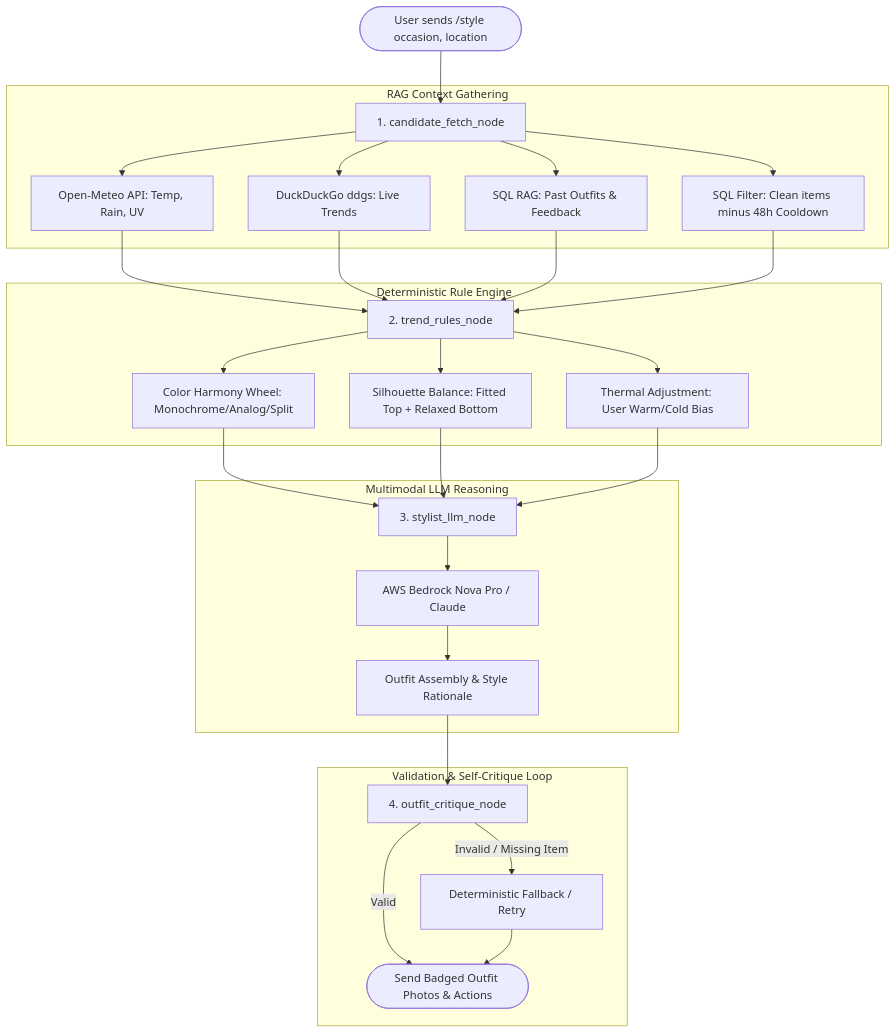
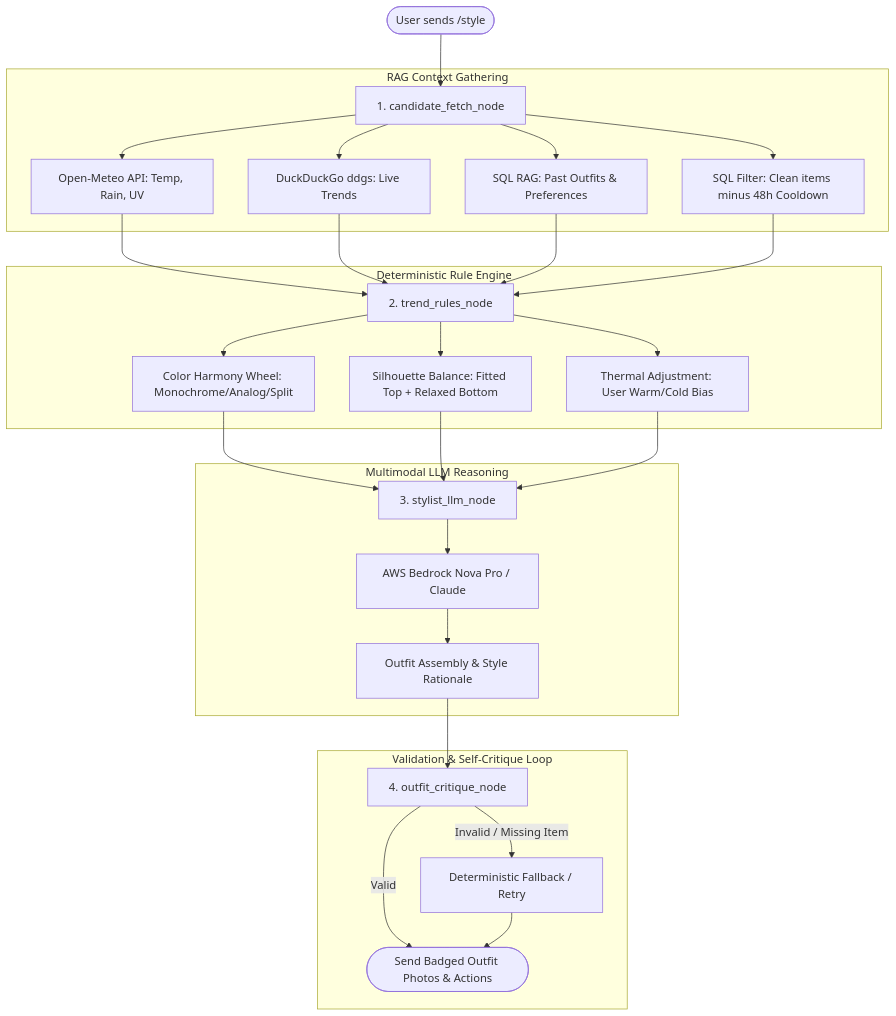
Before and after one commit to Jerrywoohoo/Fashion-sense-bot: the second of 2 diagrams in system_documentation.md, drawn with Mermaid. The commit also changed other lines of this file and 3 other files, not shown here.

````diff
--- a/system_documentation.md
+++ b/system_documentation.md
@@ -124,39 +134,39 @@
 ```mermaid
 flowchart TD
-    Start([User sends /style occasion, location]) --> FetchNode[1. candidate_fetch_node]
+    Start([User sends /style]) --> FetchNode[1. candidate_fetch_node]
     
     subgraph RAG Context Gathering
         FetchNode --> Weather[Open-Meteo API: Temp, Rain, UV]
         FetchNode --> Trends[DuckDuckGo ddgs: Live Trends]
-        FetchNode --> History[SQL RAG: Past Outfits & Feedback]
+        FetchNode --> History[SQL RAG: Past Outfits & Preferences]
         FetchNode --> Filter[SQL Filter: Clean items minus 48h Cooldown]
     end
     
     Weather --> RulesNode[2. trend_rules_node]
     Trends --> RulesNode
     History --> RulesNode
     Filter --> RulesNode
     
     subgraph Deterministic Rule Engine
         RulesNode --> ColorHarmony[Color Harmony Wheel: Monochrome/Analog/Split]
         RulesNode --> Proportions[Silhouette Balance: Fitted Top + Relaxed Bottom]
         RulesNode --> Thermal[Thermal Adjustment: User Warm/Cold Bias]
     end
     
     ColorHarmony --> LLMNode[3. stylist_llm_node]
     Proportions --> LLMNode
     Thermal --> LLMNode
     
     subgraph Multimodal LLM Reasoning
         LLMNode --> BedrockConverse[AWS Bedrock Nova Pro / Claude]
         BedrockConverse --> Assemble[Outfit Assembly & Style Rationale]
     end
     
     Assemble --> CritiqueNode[4. outfit_critique_node]
     
     subgraph Validation & Self-Critique Loop
         CritiqueNode -- Valid --> Output([Send Badged Outfit Photos & Actions])
         CritiqueNode -- Invalid / Missing Item --> Retry[Deterministic Fallback / Retry]
         Retry --> Output
     end
 ```
````
